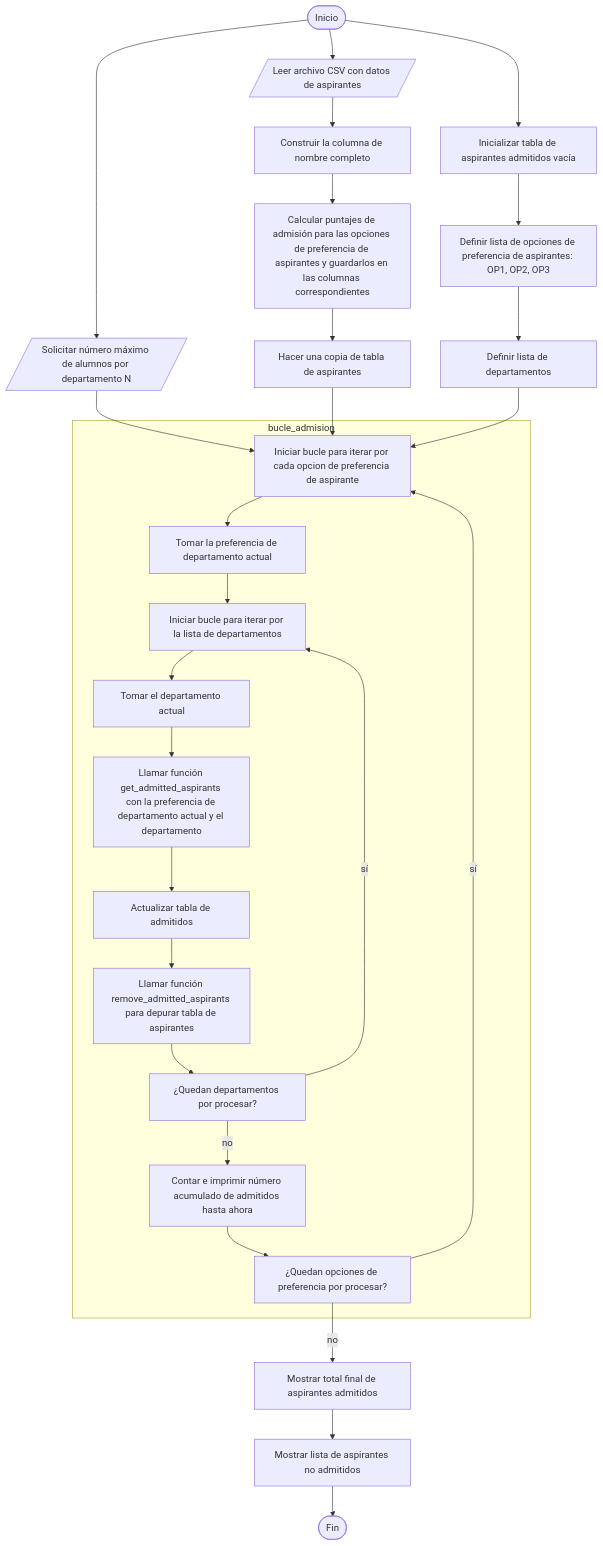
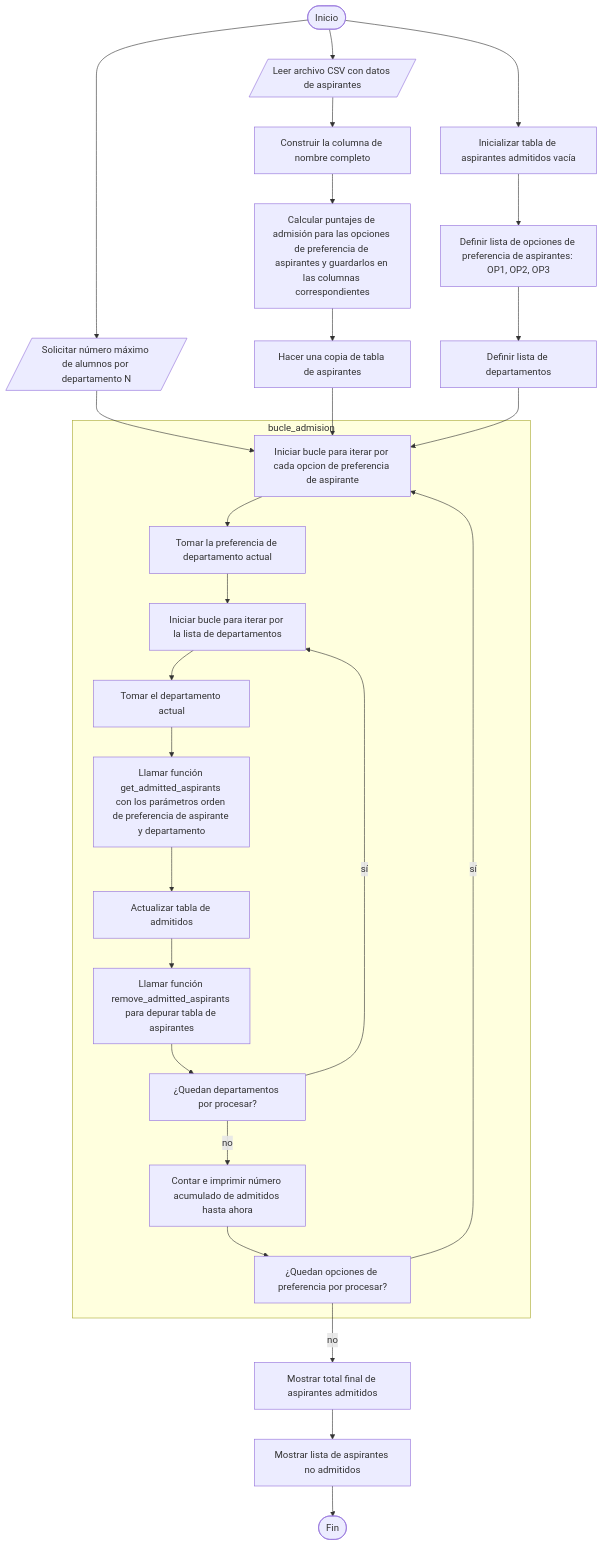
One commit to vshalisko/PythonIntro changed the diagram in Unidad_3/Proyecto_3_algoritmo.mermaid. Above: the diagram before and after it, drawn with Mermaid.

```diff
--- a/Unidad_3/Proyecto_3_algoritmo.mermaid
+++ b/Unidad_3/Proyecto_3_algoritmo.mermaid
@@ -1,29 +1,29 @@
 flowchart TD
 
 A([Inicio]) --> B[/Leer archivo CSV con datos de aspirantes/]
 A --> C[/Solicitar número máximo de alumnos por departamento N/]
 A --> D[Inicializar tabla de aspirantes admitidos vacía]
 B --> B1[Construir la columna de nombre completo]
 B1 --> B2[Calcular puntajes de admisión para las opciones de preferencia de aspirantes y guardarlos en las columnas correspondientes]
 B2 --> E[Hacer una copia de tabla de aspirantes]
 D --> F1[Definir lista de opciones de preferencia de aspirantes: OP1, OP2, OP3]
 F1 --> F[Definir lista de departamentos]
 C --> G
 E --> G
 F --> G
 subgraph bucle_admision
 G[Iniciar bucle para iterar por cada opcion de preferencia de aspirante] --> H[Tomar la preferencia de departamento actual]
 H --> I[Iniciar bucle para iterar por la lista de departamentos]
 I --> J[Tomar el departamento actual]
-J --> K[Llamar función get_admitted_aspirants con la preferencia de departamento actual y el departamento]
+J --> K[Llamar función get_admitted_aspirants con los parámetros orden de preferencia de aspirante y departamento]
 K --> L[Actualizar tabla de admitidos]
 L --> M[Llamar función remove_admitted_aspirants para depurar tabla de aspirantes]
 M --> N[¿Quedan departamentos por procesar?]
 N -- sí --> I
 N -- no --> O[Contar e imprimir número acumulado de admitidos hasta ahora]
 O --> P[¿Quedan opciones de preferencia por procesar?]
 P -- sí --> G
 end
 P -- no --> Q[Mostrar total final de aspirantes admitidos]
 Q --> R[Mostrar lista de aspirantes no admitidos]
 R --> S([Fin])
```
